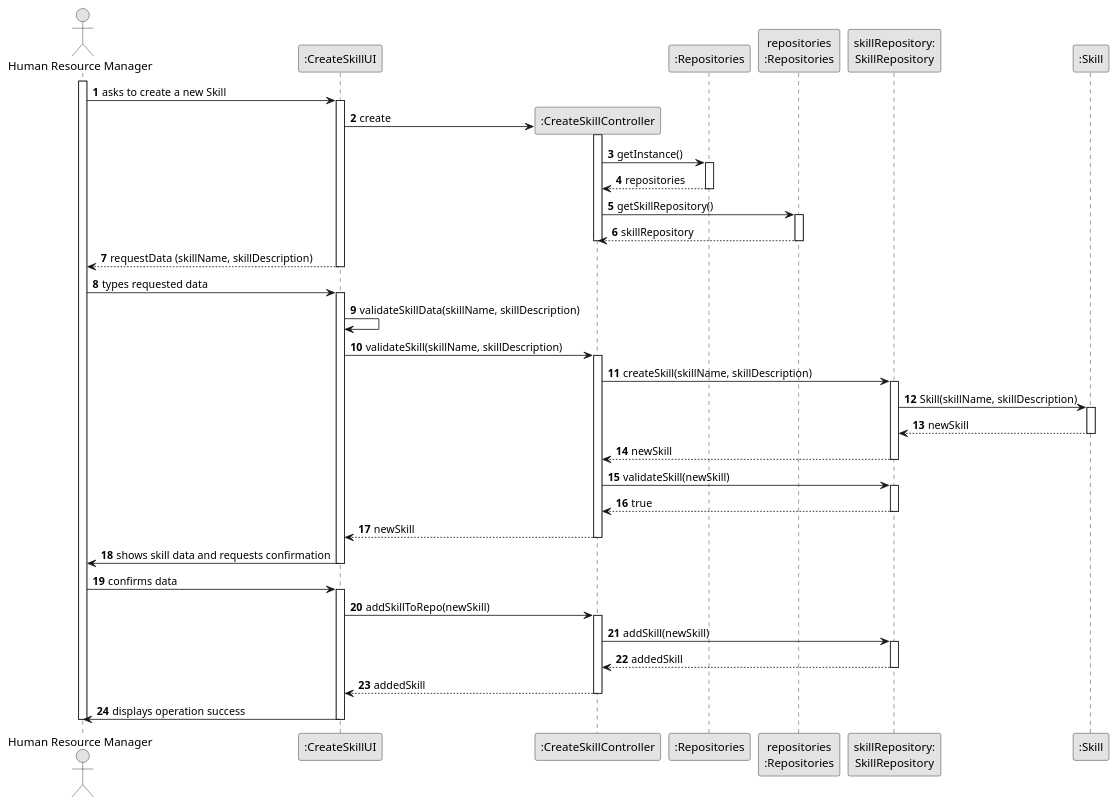
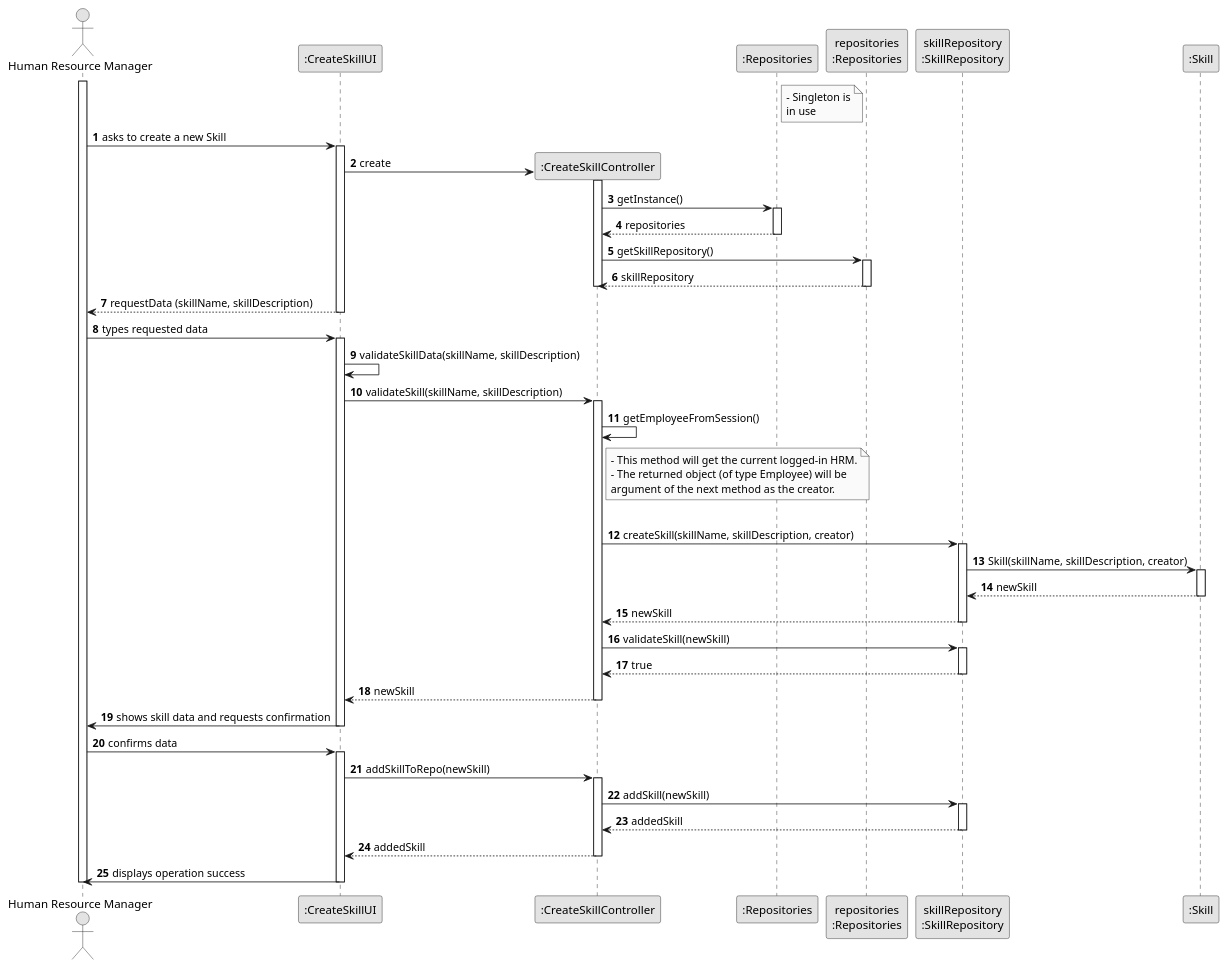
The diagram in docs/sprintB/us01/03.design/puml/us01-sequence-diagram-full.puml (Paulo-Pereira-at-ISEP/lei-24-s2-1nanb-g321), drawn with PlantUML before and after one commit.

Commit message:
LGGPM-115 - US01 - Design - Sequence diagram update

```diff
--- a/docs/sprintB/us01/03.design/puml/us01-sequence-diagram-full.puml
+++ b/docs/sprintB/us01/03.design/puml/us01-sequence-diagram-full.puml
@@ -1,124 +1,137 @@
 @startuml
 skinparam monochrome true
 skinparam packageStyle rectangle
 skinparam shadowing false
 
 autonumber
 
 'hide footbox
 
 actor "Human Resource Manager" as HRM
 participant ":CreateSkillUI" as UI
 participant ":CreateSkillController" as CTRL
 participant ":Repositories" as REPO_SINGLETON
 participant "repositories\n:Repositories" as GEN_REPO_INSTANCE
-participant "skillRepository:\nSkillRepository" as SKILL_REPO_INSTANCE
+participant "skillRepository\n:SkillRepository" as SKILL_REPO_INSTANCE
 participant ":Skill" as SKILL
 'participant ":HRManager" as MNGR
+
+note right of REPO_SINGLETON
+    - Singleton is
+    in use
+end note
+
 
 activate HRM
 
         HRM -> UI : asks to create a new Skill
 
         activate UI
             'create CTRL
             UI -> CTRL** : create
 
             activate CTRL
 
                 CTRL -> REPO_SINGLETON : getInstance()
 
                 activate REPO_SINGLETON
 
                     REPO_SINGLETON --> CTRL : repositories
 
                 deactivate REPO_SINGLETON
 
                 CTRL -> GEN_REPO_INSTANCE : getSkillRepository()
 
                 activate GEN_REPO_INSTANCE
 
                     GEN_REPO_INSTANCE --> CTRL : skillRepository
 
                 deactivate GEN_REPO_INSTANCE
 
             deactivate CTRL
 
 
             'requests the HRM to input data
             UI --> HRM : requestData (skillName, skillDescription)
         deactivate UI
 
         HRM -> UI : types requested data
 
         activate UI
 
             UI -> UI : validateSkillData(skillName, skillDescription)
 
             UI -> CTRL : validateSkill(skillName, skillDescription)
             activate CTRL
 
+                CTRL -> CTRL : getEmployeeFromSession()
+                note right of CTRL
+                    - This method will get the current logged-in HRM.
+                    - The returned object (of type Employee) will be
+                    argument of the next method as the creator.
+                end note
+                |||
 
-                CTRL -> SKILL_REPO_INSTANCE : createSkill(skillName, skillDescription)
+                CTRL -> SKILL_REPO_INSTANCE : createSkill(skillName, skillDescription, creator)
 
 
                 activate SKILL_REPO_INSTANCE
 
-                    SKILL_REPO_INSTANCE -> SKILL : Skill(skillName, skillDescription)
+                    SKILL_REPO_INSTANCE -> SKILL : Skill(skillName, skillDescription, creator)
 
                     activate SKILL
 
                         SKILL --> SKILL_REPO_INSTANCE : newSkill
 
                     deactivate SKILL
 
                     SKILL_REPO_INSTANCE --> CTRL : newSkill
 
                 deactivate SKILL_REPO_INSTANCE
 
                 CTRL -> SKILL_REPO_INSTANCE : validateSkill(newSkill)
 
                 activate SKILL_REPO_INSTANCE
 
                     SKILL_REPO_INSTANCE --> CTRL : true
 
                 deactivate SKILL_REPO_INSTANCE
 
             CTRL --> UI : newSkill
 
             deactivate CTRL
 
                 UI -> HRM : shows skill data and requests confirmation
 
 
 
         deactivate UI
 
 
     HRM -> UI : confirms data
     activate UI
 
         UI -> CTRL : addSkillToRepo(newSkill)
 
         activate CTRL
 
 
             CTRL -> SKILL_REPO_INSTANCE : addSkill(newSkill)
 
             activate SKILL_REPO_INSTANCE
 
                 SKILL_REPO_INSTANCE --> CTRL : addedSkill
 
             deactivate SKILL_REPO_INSTANCE
 
             CTRL --> UI : addedSkill
 
         deactivate CTRL
 
         UI -> HRM : displays operation success
 
     deactivate UI
 
 deactivate HRM
 
 @enduml
```
